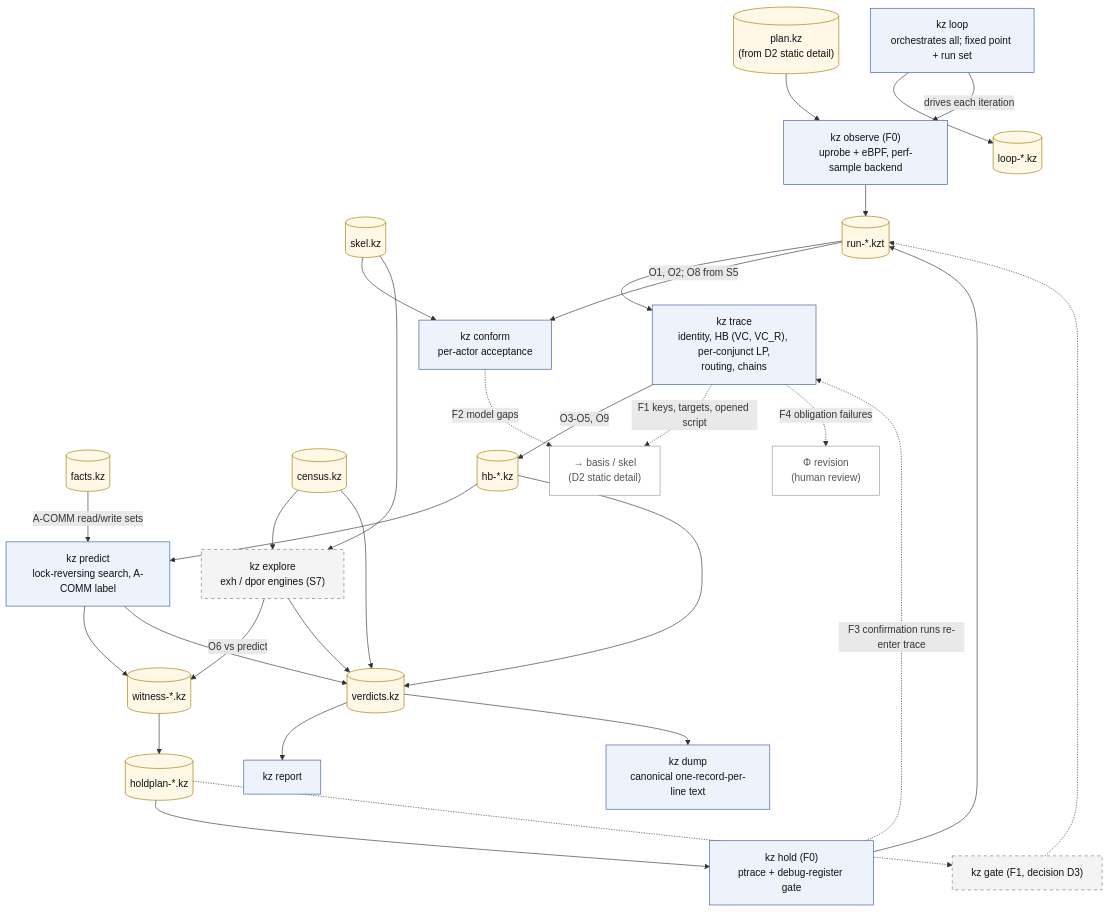
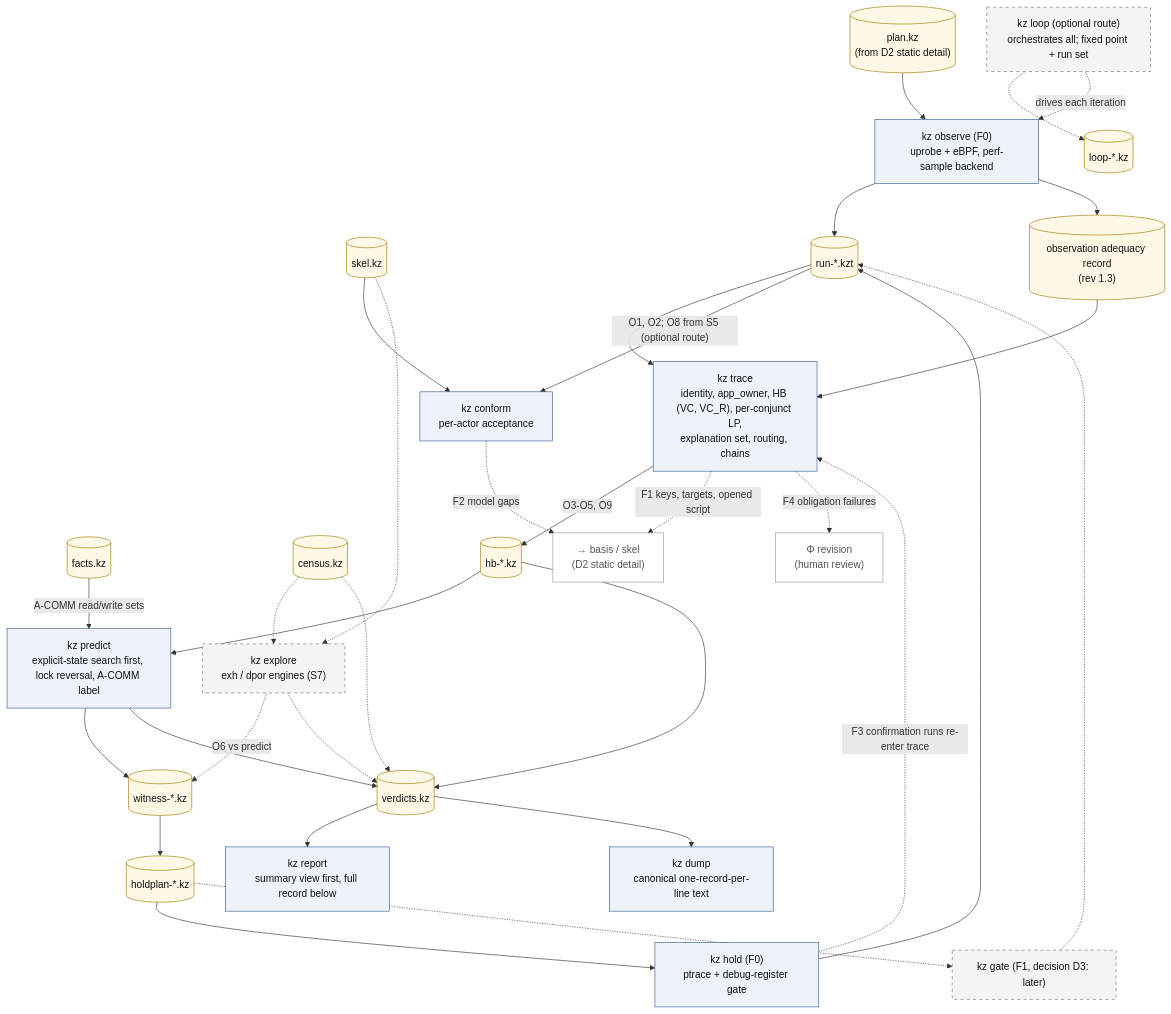
One commit to wookjaeya/Shape-Perf changed the diagram in research/cfs_procrace/Architecture/diagrams/D2_components_dynamic_detail.mmd. Above: the diagram before and after it, drawn with Mermaid. The commit also changed 41 other files, not shown here.

First line of the commit message:
rev 1.3 diagrams: D0-D4, D6-D9 updated and re-rendered (mermaid-cli 11.17.0); diagrams README at rev 1.3; embedded figure blocks in 01-10 synced with the sources

```diff
--- a/research/cfs_procrace/Architecture/diagrams/D2_components_dynamic_detail.mmd
+++ b/research/cfs_procrace/Architecture/diagrams/D2_components_dynamic_detail.mmd
@@ -1,68 +1,72 @@
 flowchart TD
     %% D2 detail (2/2) - observation, concrete and operational interpreters, confirmation, verdicts, loop.
-    %% Source: spec §12 D2; §2.2-2.5, §4.8-4.14.
-    %% Dashed border = gated (explore: S7; gate: PI decision D3). Dashed edge = feedback F1-F4.
+    %% Source: spec §12 D2 (rev 1.3, C-48); §2.2-2.5, §4.8-4.14.
+    %% Dashed border = optional route (rev 1.3, ADR-053: explore, gate, loop) or gated (explore: S7; gate: later, decision D3).
+    %% Dashed edge = optional-route flow (explore, census, gate, loop) or feedback F1-F4. conform's O8 is an optional route too.
 
     PK[("plan.kz<br/>(from D2 static detail)")]
     SK[("skel.kz")]
     FK[("facts.kz")]
     CEN[("census.kz")]
 
     OBS["kz observe (F0)<br/>uprobe + eBPF, perf-sample backend"]
     RUN[("run-*.kzt")]
-    TRC["kz trace<br/>identity, HB (VC, VC_R), per-conjunct LP,<br/>routing, chains"]
+    ADQ[("observation adequacy record<br/>(rev 1.3)")]
+    TRC["kz trace<br/>identity, app_owner, HB (VC, VC_R), per-conjunct LP,<br/>explanation set, routing, chains"]
     HB[("hb-*.kz")]
     CNF["kz conform<br/>per-actor acceptance"]
-    PRD["kz predict<br/>lock-reversing search, A-COMM label"]
+    PRD["kz predict<br/>explicit-state search first, lock reversal, A-COMM label"]
     EXP["kz explore<br/>exh / dpor engines (S7)"]
     WIT[("witness-*.kz")]
     HPL[("holdplan-*.kz")]
     HLD["kz hold (F0)<br/>ptrace + debug-register gate"]
-    GAT["kz gate (F1, decision D3)"]
+    GAT["kz gate (F1, decision D3: later)"]
     VER[("verdicts.kz")]
-    REP["kz report"]
+    REP["kz report<br/>summary view first, full record below"]
     DMP["kz dump<br/>canonical one-record-per-line text"]
-    LOOP["kz loop<br/>orchestrates all; fixed point + run set"]
+    LOOP["kz loop (optional route)<br/>orchestrates all; fixed point + run set"]
     LK[("loop-*.kz")]
 
     BASK["→ basis / skel<br/>(D2 static detail)"]
     PROF["Φ revision<br/>(human review)"]
 
     PK --> OBS --> RUN
     RUN --> TRC
+    OBS --> ADQ
+    ADQ --> TRC
     TRC -->|"O3-O5, O9"| HB
-    RUN -->|"O1, O2; O8 from S5"| CNF
+    RUN -->|"O1, O2; O8 from S5 (optional route)"| CNF
     SK --> CNF
     HB --> PRD
     FK -->|"A-COMM read/write sets"| PRD
     PRD --> WIT
-    SK --> EXP
-    CEN --> EXP
-    EXP -->|"O6 vs predict"| WIT
+    SK -.-> EXP
+    CEN -.-> EXP
+    EXP -.->|"O6 vs predict"| WIT
     WIT --> HPL
     HPL --> HLD
     HPL -.-> GAT
     HLD --> RUN
     GAT -.-> RUN
-    CEN --> VER
+    CEN -.-> VER
     HB --> VER
     PRD --> VER
-    EXP --> VER
+    EXP -.-> VER
     VER --> REP
     VER --> DMP
-    LOOP --> LK
-    LOOP -->|"drives each iteration"| OBS
+    LOOP -.-> LK
+    LOOP -.->|"drives each iteration"| OBS
 
     TRC -.->|"F1 keys, targets, opened script"| BASK
     CNF -.->|"F2 model gaps"| BASK
     HLD -.->|"F3 confirmation runs re-enter trace"| TRC
     TRC -.->|"F4 obligation failures"| PROF
 
     classDef comp fill:#eef3fb,stroke:#3b5b92,color:#111
     classDef art fill:#fff8e6,stroke:#a07a00,color:#111
     classDef gated fill:#f4f4f4,stroke:#777,stroke-dasharray:5 5,color:#111
     classDef ref fill:#ffffff,stroke:#999,color:#555
-    class OBS,TRC,CNF,PRD,HLD,REP,DMP,LOOP comp
-    class PK,SK,FK,CEN,RUN,HB,WIT,HPL,VER,LK art
-    class EXP,GAT gated
+    class OBS,TRC,CNF,PRD,HLD,REP,DMP comp
+    class PK,SK,FK,CEN,RUN,ADQ,HB,WIT,HPL,VER,LK art
+    class EXP,GAT,LOOP gated
     class BASK,PROF ref
```
